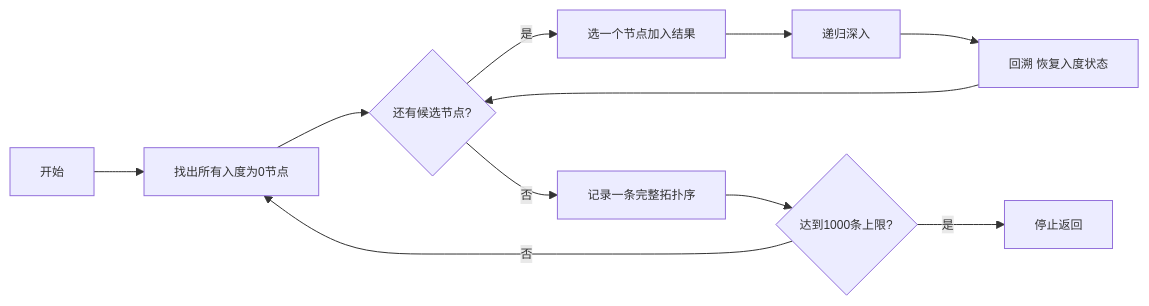
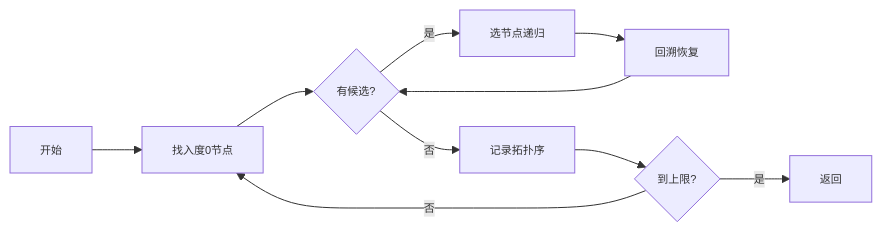
The second of 2 diagrams in README.md (yyj138/topological-sort), drawn with Mermaid before and after one commit. The commit also changed other lines of this file, not shown here.

````diff
--- a/README.md
+++ b/README.md
@@ -80,14 +68,13 @@
 ```mermaid
-%%{init: {'themeVariables': {'fontSize': '12px', 'fontFamily': 'Microsoft YaHei'}}}%%
+%%{init: {'themeVariables': {'fontSize': '11px', 'fontFamily': 'Microsoft YaHei'}}}%%
 flowchart LR
-    S[开始] --> A[找出所有入度为0节点]
-    A --> B{还有候选节点?}
-    B -->|是| C[选一个节点加入结果]
-    C --> D[递归深入]
-    D --> E[回溯 恢复入度状态]
-    E --> B
-    B -->|否| F[记录一条完整拓扑序]
-    F --> G{达到1000条上限?}
-    G -->|否| A
-    G -->|是| H[停止返回]
+    S[开始] --> A[找入度0节点]
+    A --> B{有候选?}
+    B -->|是| C[选节点递归]
+    C --> D[回溯恢复]
+    D --> B
+    B -->|否| E[记录拓扑序]
+    E --> F{到上限?}
+    F -->|否| A
+    F -->|是| G[返回]
 ```
````
